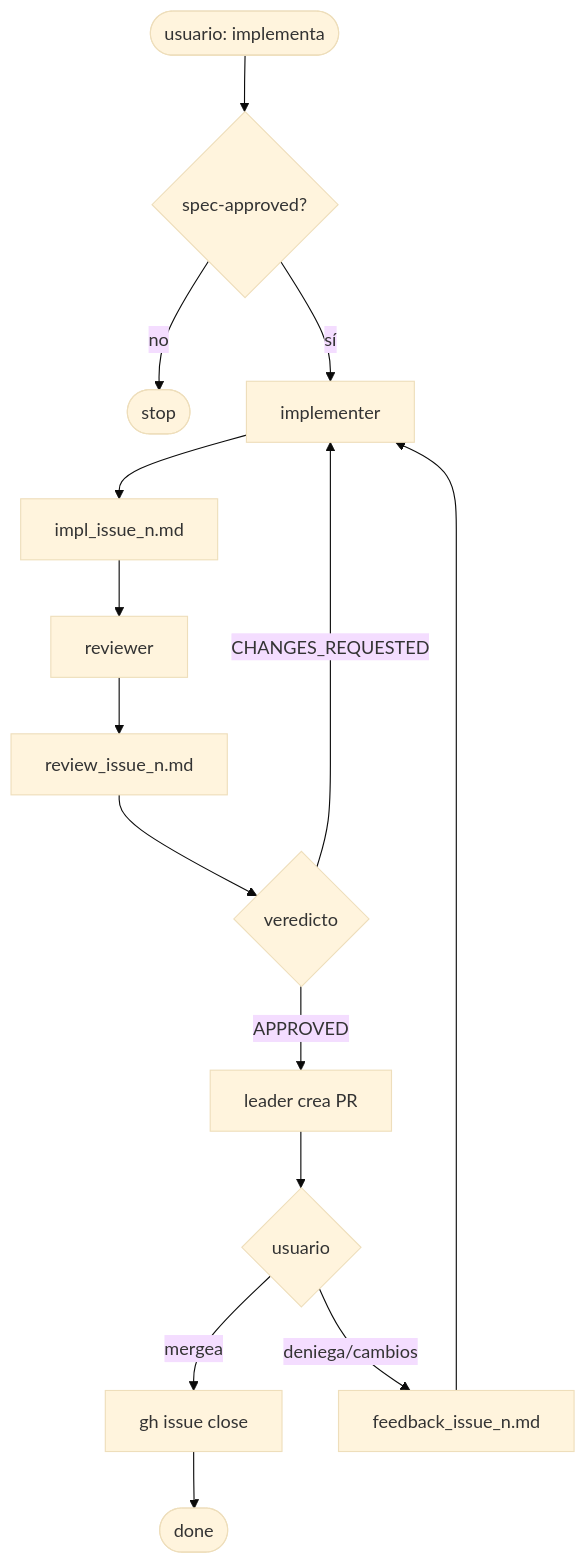
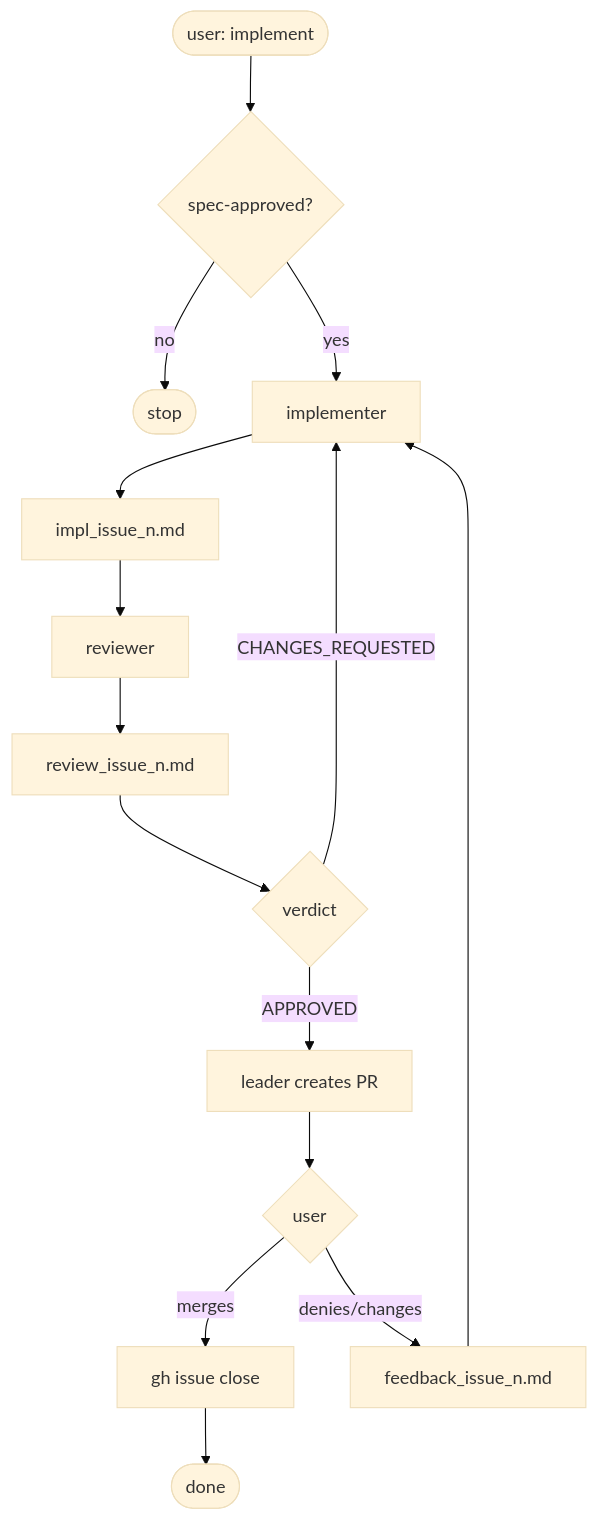
Before and after one commit to Make310/PDD-Creator: the diagram in .claude/agents/leader.md, drawn with Mermaid (base theme). The commit also changed other lines of this file and 8 other files, not shown here.

````diff
--- a/.claude/agents/leader.md
+++ b/.claude/agents/leader.md
@@ -28,17 +28,17 @@
 ```mermaid
 flowchart TD
-    A([usuario: implementa]) --> B{spec-approved?}
+    A([user: implement]) --> B{spec-approved?}
     B -- no --> Z([stop])
-    B -- sí --> C[implementer]
+    B -- yes --> C[implementer]
     C --> D["impl_issue_n.md"]
     D --> E[reviewer]
     E --> F["review_issue_n.md"]
-    F --> G{veredicto}
-    G -- APPROVED --> H[leader crea PR]
+    F --> G{verdict}
+    G -- APPROVED --> H[leader creates PR]
     G -- CHANGES_REQUESTED --> C
-    H --> I{usuario}
-    I -- mergea --> J[gh issue close]
-    I -- deniega/cambios --> K["feedback_issue_n.md"]
+    H --> I{user}
+    I -- merges --> J[gh issue close]
+    I -- denies/changes --> K["feedback_issue_n.md"]
     K --> C
     J --> L([done])
 ```
````
